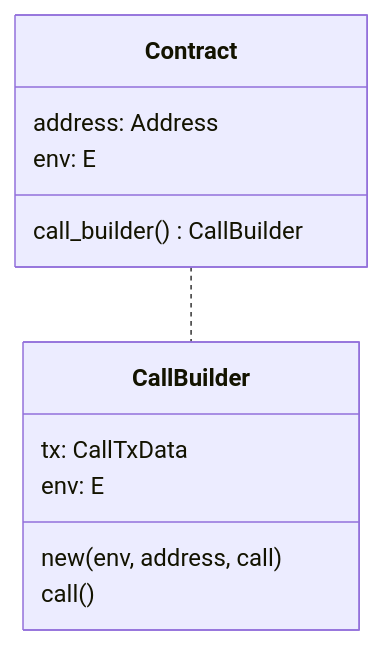
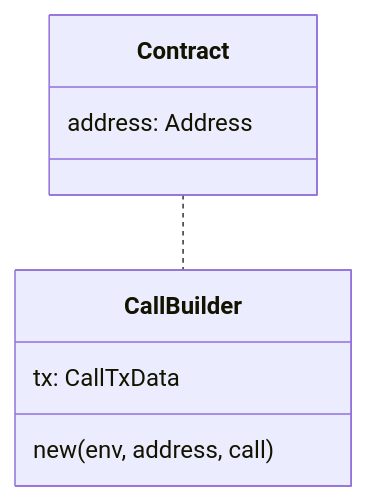
One commit to vlayer-xyz/vlayer changed the third of 3 diagrams in README.md. Above: the diagram before and after it, drawn with Mermaid. The commit also changed 1 other file, not shown here.

Commit message:
Stop using Contract::call_builder

````diff
--- a/README.md
+++ b/README.md
@@ -188,20 +188,16 @@
 ```mermaid
 classDiagram
 
 Contract..CallBuilder
 
 class Contract {
     address: Address
-    env: E
-    call_builder() CallBuilder
 }
 
 class CallBuilder {
     tx: CallTxData
-    env: E
     new(env, address, call)
-    call()
 }
 
 
 ```
````
